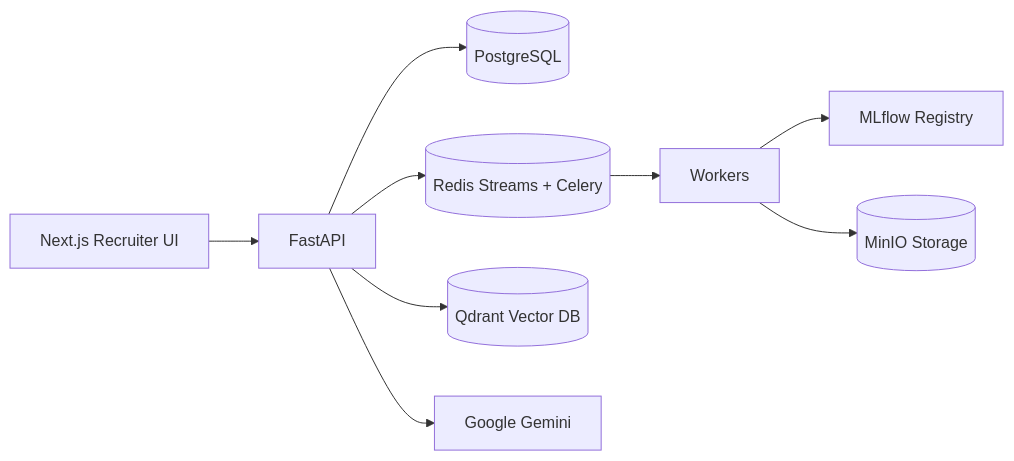
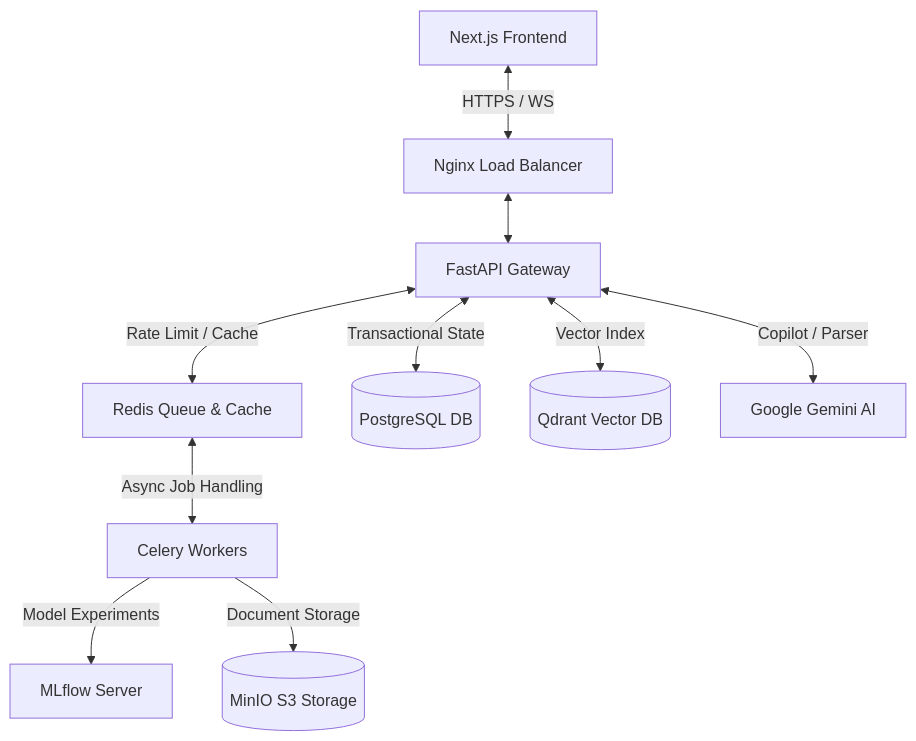
The diagram in README.md (joel8779/mlops-ai), drawn with Mermaid before and after one commit. The commit also changed other lines of this file and 122 other files, not shown here.

````diff
--- a/README.md
+++ b/README.md
@@ -51,11 +43,12 @@
 ```mermaid
-flowchart LR
-  Web[Next.js Recruiter UI] --> API[FastAPI]
-  API --> PG[(PostgreSQL)]
-  API --> Redis[(Redis Streams + Celery)]
-  API --> Qdrant[(Qdrant Vector DB)]
-  API --> LLM[Google Gemini]
-  Redis --> Worker[Workers]
-  Worker --> MLflow[MLflow Registry]
-  Worker --> MinIO[(MinIO Storage)]
+flowchart TD
+    Client[Next.js Frontend] <-->|HTTPS / WS| Nginx[Nginx Load Balancer]
+    Nginx <--> API[FastAPI Gateway]
+    API <-->|Rate Limit / Cache| Redis[Redis Queue & Cache]
+    API <-->|Transactional State| PG[(PostgreSQL DB)]
+    API <-->|Vector Index| Qdrant[(Qdrant Vector DB)]
+    API <-->|Copilot / Parser| Gemini[Google Gemini AI]
+    Redis <-->|Async Job Handling| Worker[Celery Workers]
+    Worker -->|Model Experiments| MLflow[MLflow Server]
+    Worker -->|Document Storage| MinIO[(MinIO S3 Storage)]
 ```
````
